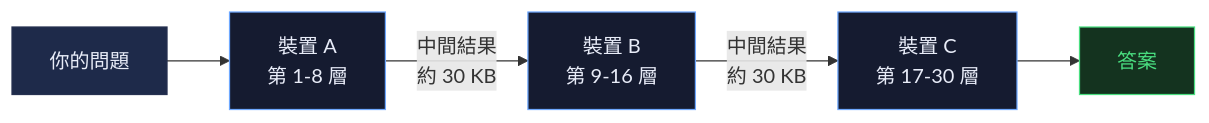
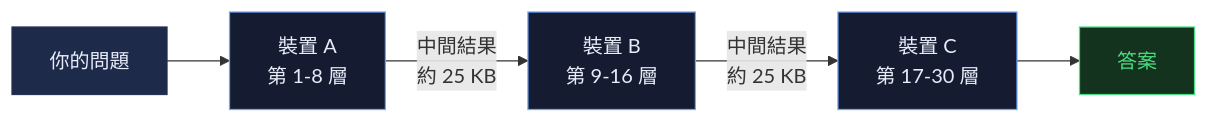
The first of 3 diagrams in README.md (arc119226/edge-cascade-llm), drawn with Mermaid before and after one commit. The commit also changed other lines of this file, not shown here.

````diff
--- a/README.md
+++ b/README.md
@@ -22,13 +22,13 @@
 ```mermaid
 flowchart LR
     Q["你的問題"] --> A
-    A["裝置 A<br/>第 1-8 層"] -->|中間結果<br/>約 30 KB| B
-    B["裝置 B<br/>第 9-16 層"] -->|中間結果<br/>約 30 KB| C
+    A["裝置 A<br/>第 1-8 層"] -->|中間結果<br/>約 25 KB| B
+    B["裝置 B<br/>第 9-16 層"] -->|中間結果<br/>約 25 KB| C
     C["裝置 C<br/>第 17-30 層"] --> R["答案"]
 
     style Q fill:#1e2a4a,stroke:#263050,color:#e8ecf8
     style A fill:#151b30,stroke:#6ea8ff,color:#e8ecf8
     style B fill:#151b30,stroke:#6ea8ff,color:#e8ecf8
     style C fill:#151b30,stroke:#6ea8ff,color:#e8ecf8
     style R fill:#14331f,stroke:#4ade80,color:#4ade80
 ```
````
